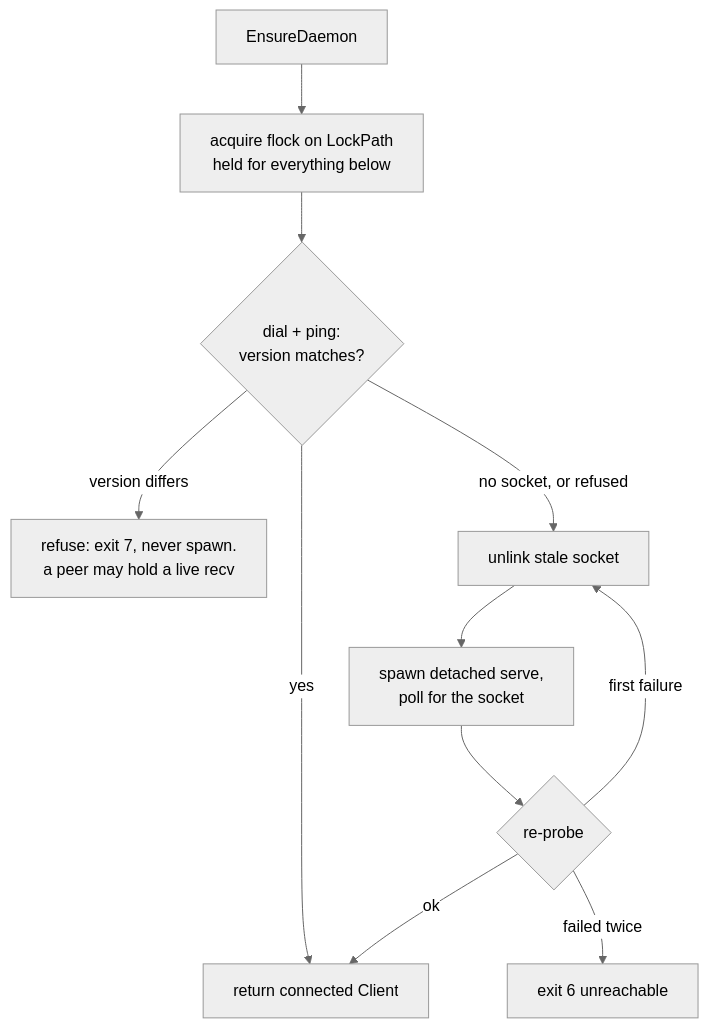
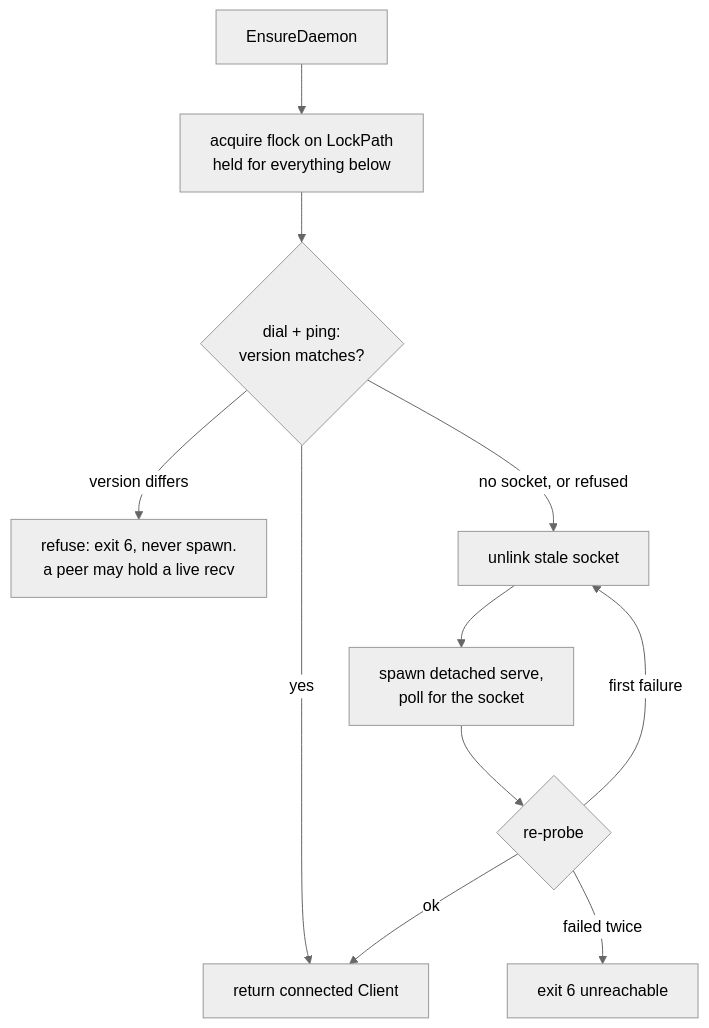
The sixth of 6 diagrams in docs/wiki/bus.md (damusix/atomic-claude), drawn with Mermaid (neutral theme) before and after one commit. The commit also changed other lines of this file and 19 other files, not shown here.

````diff
--- a/docs/wiki/bus.md
+++ b/docs/wiki/bus.md
@@ -88,13 +135,13 @@
 ```mermaid
 flowchart TD
     S["EnsureDaemon"] --> L["acquire flock on LockPath<br/>held for everything below"]
     L --> P{"dial + ping:<br/>version matches?"}
     P -->|yes| OK["return connected Client"]
-    P -->|"version differs"| SK["refuse: exit 7, never spawn.<br/>a peer may hold a live recv"]
+    P -->|"version differs"| SK["refuse: exit 6, never spawn.<br/>a peer may hold a live recv"]
     P -->|"no socket, or refused"| U["unlink stale socket"]
     U --> SP["spawn detached serve,<br/>poll for the socket"]
     SP --> P2{"re-probe"}
     P2 -->|ok| OK
     P2 -->|"failed twice"| UN["exit 6 unreachable"]
     P2 -->|"first failure"| U
 ```
````
